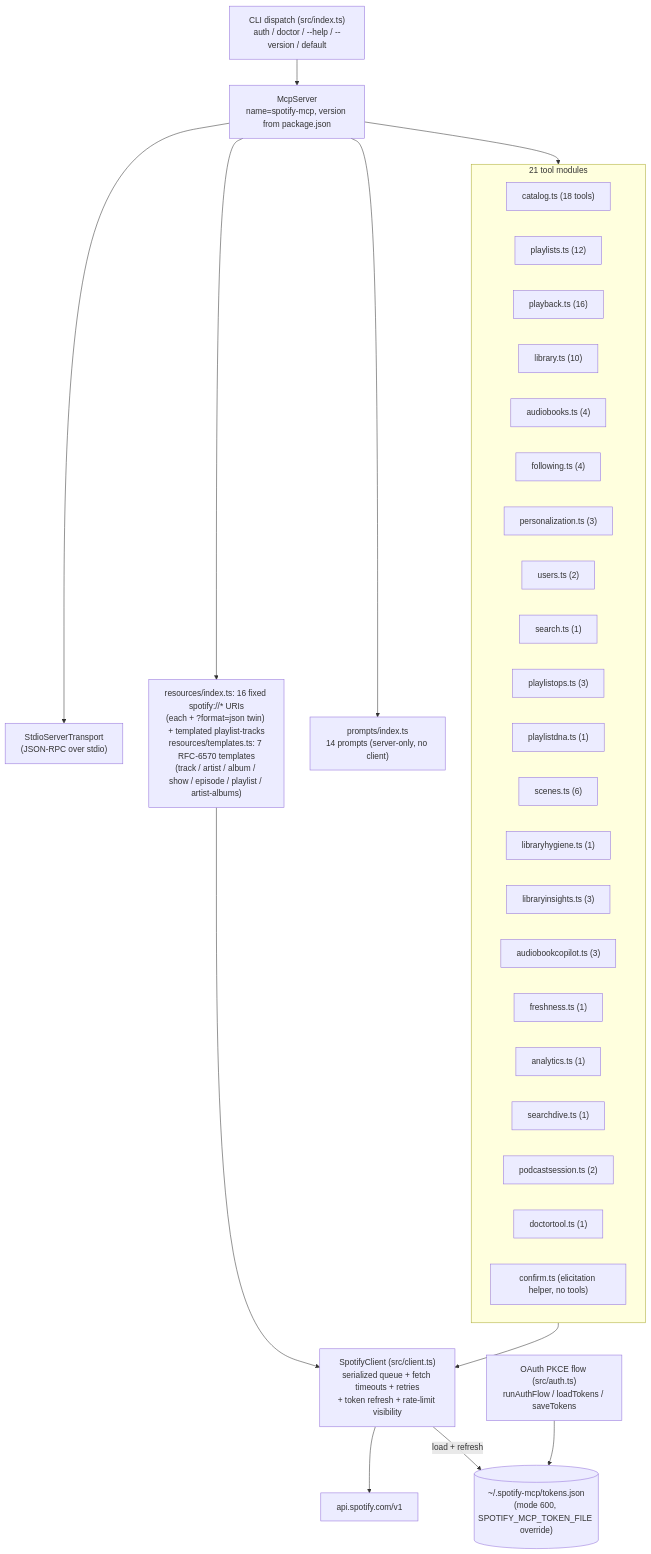
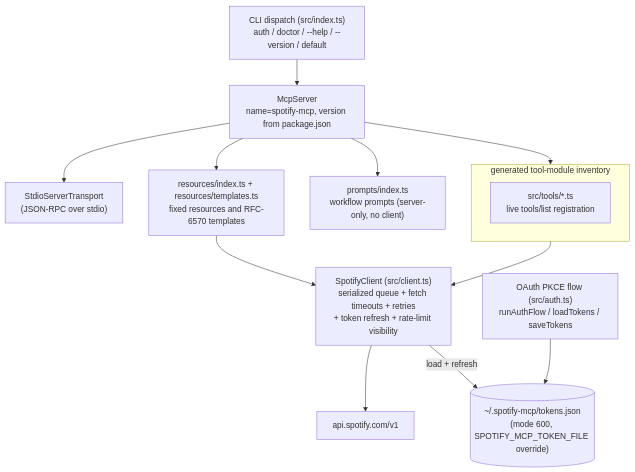
The first of 3 diagrams in ARCHITECTURE.md (NovaLux12/spotify-mcp-server), drawn with Mermaid before and after one commit. The commit also changed other lines of this file and 4 other files, not shown here.

Commit message:
docs: generate live surface and architecture inventory

````diff
--- a/ARCHITECTURE.md
+++ b/ARCHITECTURE.md
@@ -7,39 +7,19 @@
 ```mermaid
 flowchart TD
     CLI["CLI dispatch (src/index.ts)<br/>auth / doctor / --help / --version / default"] --> MCP["McpServer<br/>name=spotify-mcp, version from package.json"]
     MCP --> T["StdioServerTransport<br/>(JSON-RPC over stdio)"]
 
-    subgraph REG["21 tool modules"]
-        CA["catalog.ts (18 tools)"]
-        PL["playlists.ts (12)"]
-        PB["playback.ts (16)"]
-        LI["library.ts (10)"]
-        AB["audiobooks.ts (4)"]
-        FO["following.ts (4)"]
-        PE["personalization.ts (3)"]
-        US["users.ts (2)"]
-        SE["search.ts (1)"]
-        PO["playlistops.ts (3)"]
-        PD["playlistdna.ts (1)"]
-        SC["scenes.ts (6)"]
-        LH["libraryhygiene.ts (1)"]
-        LIn["libraryinsights.ts (3)"]
-        ABC["audiobookcopilot.ts (3)"]
-        FR["freshness.ts (1)"]
-        AN["analytics.ts (1)"]
-        SD["searchdive.ts (1)"]
-        PS["podcastsession.ts (2)"]
-        DT["doctortool.ts (1)"]
-        CF["confirm.ts (elicitation helper, no tools)"]
+    subgraph REG["generated tool-module inventory"]
+        REGISTRY["src/tools/*.ts<br/>live tools/list registration"]
     end
     MCP --> REG
 
-    MCP --> RES["resources/index.ts: 16 fixed spotify://* URIs<br/>(each + ?format=json twin) + templated playlist-tracks<br/>resources/templates.ts: 7 RFC-6570 templates<br/>(track / artist / album / show / episode / playlist / artist-albums)"]
-    MCP --> PRM["prompts/index.ts<br/>14 prompts (server-only, no client)"]
+    MCP --> RES["resources/index.ts + resources/templates.ts<br/>fixed resources and RFC-6570 templates"]
+    MCP --> PRM["prompts/index.ts<br/>workflow prompts (server-only, no client)"]
 
     REG --> C
     RES --> C
     C["SpotifyClient (src/client.ts)<br/>serialized queue + fetch timeouts + retries<br/>+ token refresh + rate-limit visibility"] --> API["api.spotify.com/v1"]
     AUTH["OAuth PKCE flow (src/auth.ts)<br/>runAuthFlow / loadTokens / saveTokens"] --> TOK[("~/.spotify-mcp/tokens.json<br/>(mode 600, SPOTIFY_MCP_TOKEN_FILE override)")]
     C -- "load + refresh" --> TOK
 ```
````
